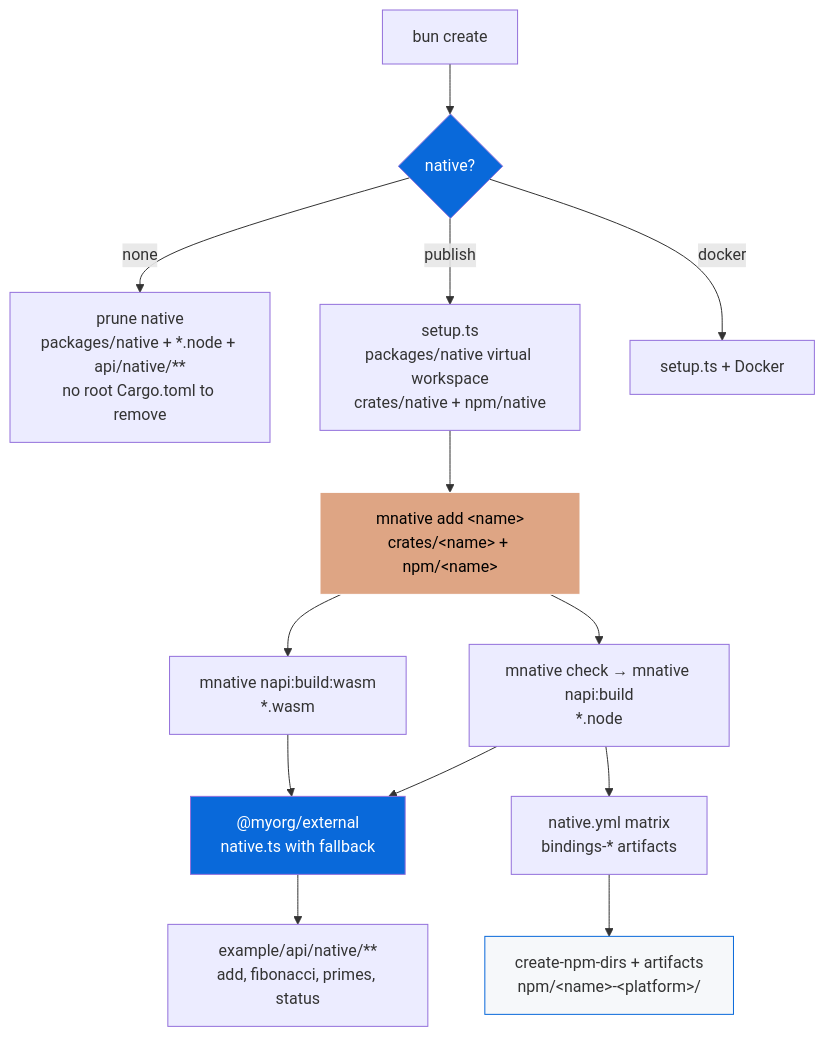
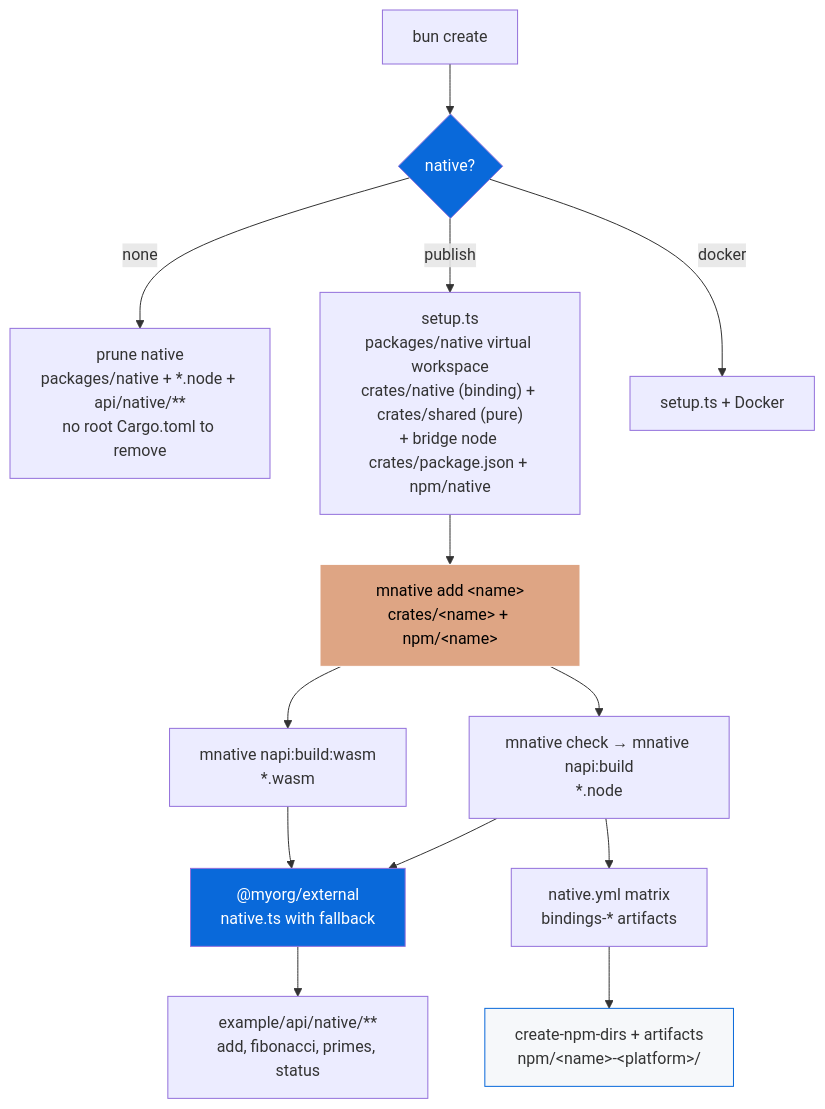
The diagram in configs/native/README.md (Archont561/ts-monorepo-template), drawn with Mermaid before and after one commit. The commit also changed other lines of this file and 31 other files, not shown here.

First line of the commit message:
feat(native): pure Rust crates as one turbo node with cacheable napi builds

````diff
--- a/configs/native/README.md
+++ b/configs/native/README.md
@@ -195,20 +236,20 @@
 ```mermaid
 graph TD
     A[bun create] --> B{native?}
     B -->|none| C["prune native<br/>packages/native + *.node + api/native/**<br/>no root Cargo.toml to remove"]
-    B -->|publish| D["setup.ts<br/>packages/native virtual workspace<br/>crates/native + npm/native"]
+    B -->|publish| D["setup.ts<br/>packages/native virtual workspace<br/>crates/native (binding) + crates/shared (pure)<br/>+ bridge node crates/package.json + npm/native"]
     B -->|docker| E["setup.ts + Docker"]
     D --> F["mnative add &lt;name&gt;<br/>crates/&lt;name&gt; + npm/&lt;name&gt;"]
     F --> G["mnative check → mnative napi:build<br/>*.node"]
     F --> H["mnative napi:build:wasm<br/>*.wasm"]
     G --> I["@myorg/external<br/>native.ts with fallback"]
     H --> I
     I --> J["example/api/native/**<br/>add, fibonacci, primes, status"]
     G --> K["native.yml matrix<br/>bindings-* artifacts"]
     K --> L["create-npm-dirs + artifacts<br/>npm/&lt;name&gt;-&lt;platform&gt;/"]
 
     style B fill:#0969DA,color:#fff
     style F fill:#dea584,stroke:#fff,color:#000
     style I fill:#0969DA,color:#fff
     style L fill:#f6f8fa,stroke:#0969DA
 ```
````
